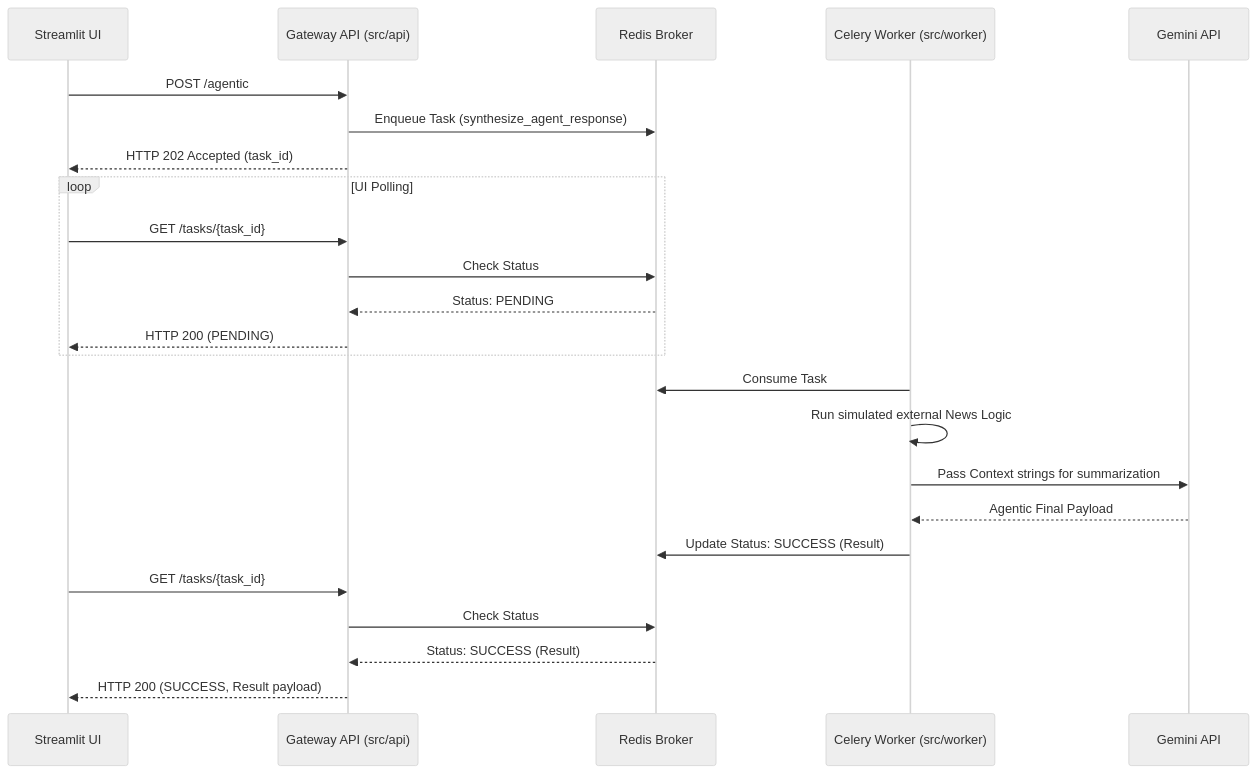
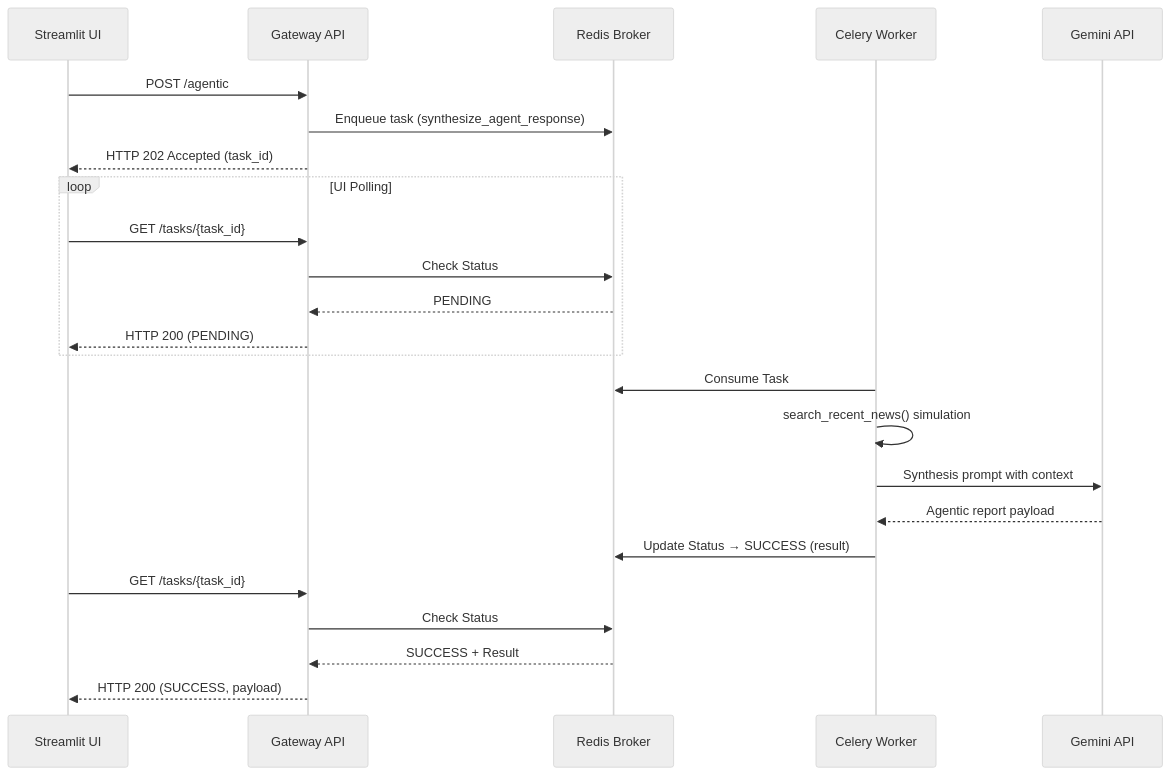
One commit to suryaavala/scaling-succotash changed the fifth of 5 diagrams in docs/architecture.md. Above: the diagram before and after it, drawn with Mermaid (neutral theme). The commit also changed other lines of this file and 39 other files, not shown here.

First line of the commit message:
refactor: V8 Production Grade Architecture & QA (#22)

````diff
--- a/docs/architecture.md
+++ b/docs/architecture.md
@@ -112,30 +193,30 @@
 ```mermaid
 sequenceDiagram
     participant UI as Streamlit UI
-    participant Gateway as Gateway API (src/api)
+    participant Gateway as Gateway API
     participant Redis as Redis Broker
-    participant Celery as Celery Worker (src/worker)
+    participant Celery as Celery Worker
     participant LLM as Gemini API
 
     UI->>Gateway: POST /agentic
-    Gateway->>Redis: Enqueue Task (synthesize_agent_response)
+    Gateway->>Redis: Enqueue task (synthesize_agent_response)
     Gateway-->>UI: HTTP 202 Accepted (task_id)
-    
+
     loop UI Polling
         UI->>Gateway: GET /tasks/{task_id}
         Gateway->>Redis: Check Status
-        Redis-->>Gateway: Status: PENDING
+        Redis-->>Gateway: PENDING
         Gateway-->>UI: HTTP 200 (PENDING)
     end
-    
+
     Celery->>Redis: Consume Task
-    Celery->>Celery: Run simulated external News Logic
-    Celery->>LLM: Pass Context strings for summarization
-    LLM-->>Celery: Agentic Final Payload
-    Celery->>Redis: Update Status: SUCCESS (Result)
-    
+    Celery->>Celery: search_recent_news() simulation
+    Celery->>LLM: Synthesis prompt with context
+    LLM-->>Celery: Agentic report payload
+    Celery->>Redis: Update Status → SUCCESS (result)
+
     UI->>Gateway: GET /tasks/{task_id}
     Gateway->>Redis: Check Status
-    Redis-->>Gateway: Status: SUCCESS (Result)
-    Gateway-->>UI: HTTP 200 (SUCCESS, Result payload)
+    Redis-->>Gateway: SUCCESS + Result
+    Gateway-->>UI: HTTP 200 (SUCCESS, payload)
 ```
````
